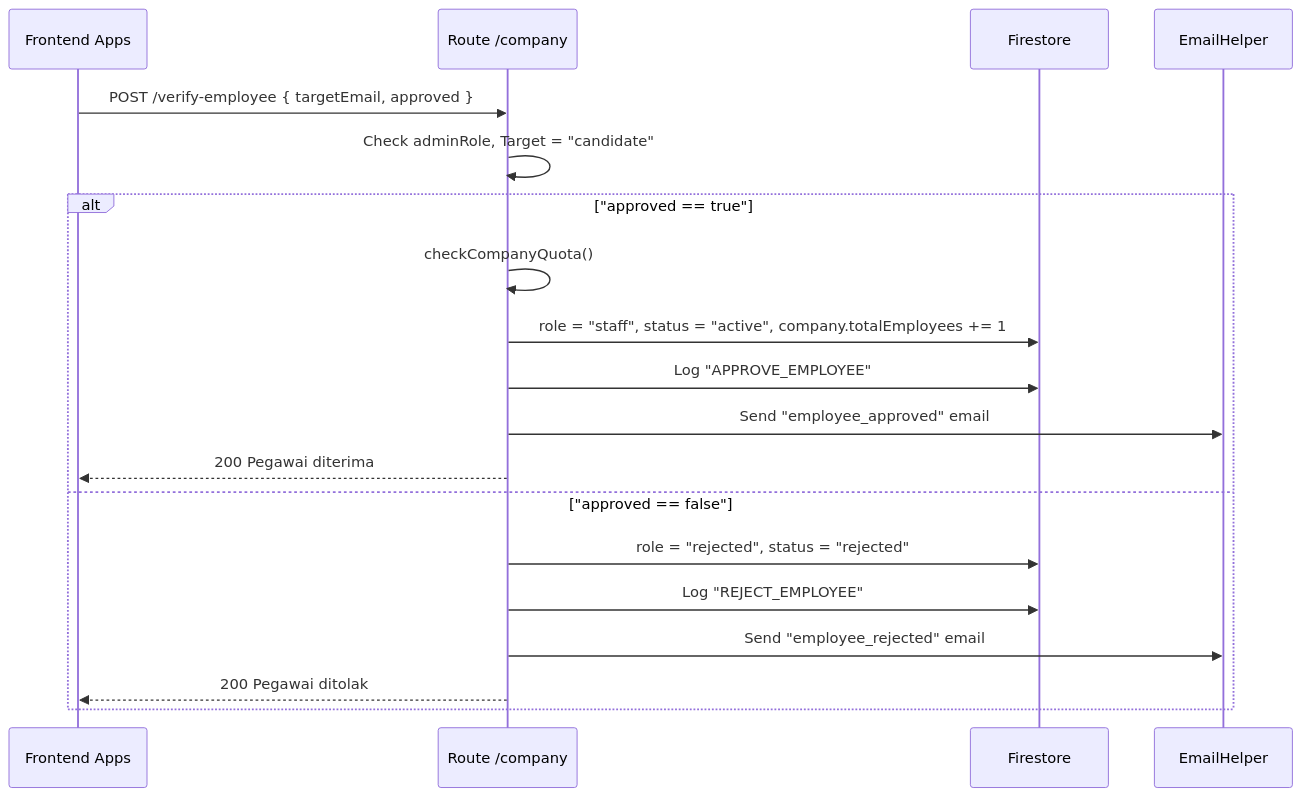
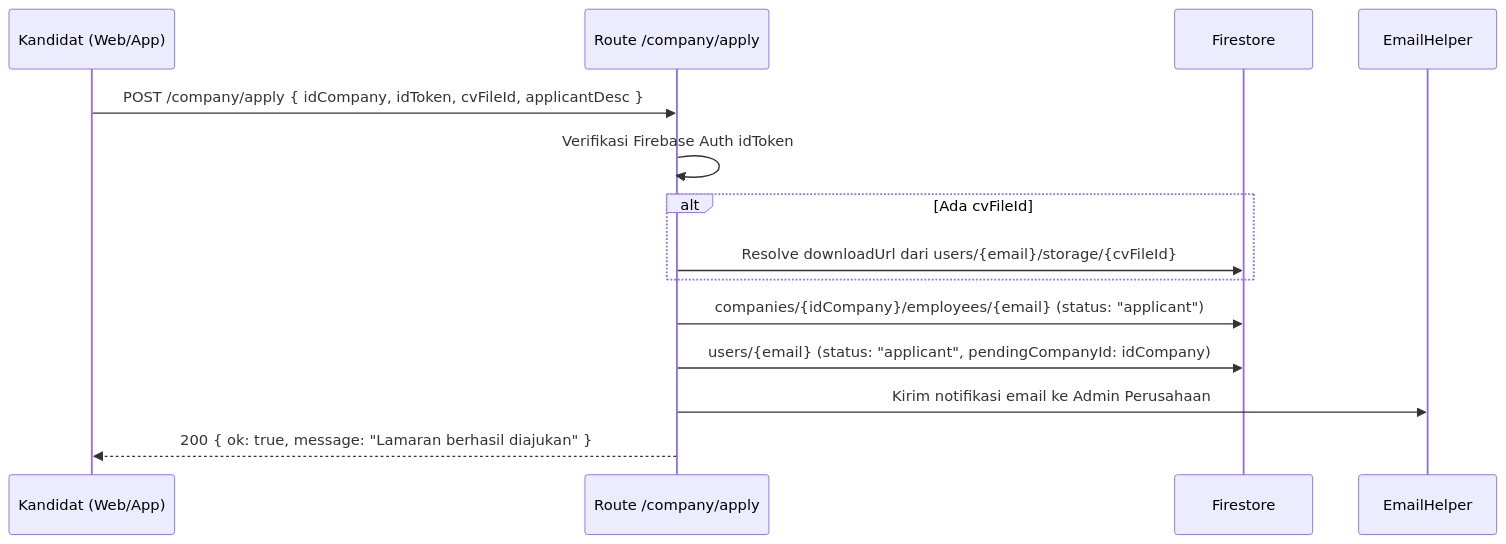
One commit to Doni354/HORA-APIs changed the first of 3 diagrams in docs-site/docs/routes/company.md. Above: the diagram before and after it, drawn with Mermaid. The commit also changed other lines of this file and 13 other files, not shown here.

`````diff
--- a/docs-site/docs/routes/company.md
+++ b/docs-site/docs/routes/company.md
@@ -57,23 +102,17 @@
-````mermaid
+```mermaid
 sequenceDiagram
-    participant FE as Frontend Apps
-    participant BE as Route /company
+    participant C as Kandidat (Web/App)
+    participant BE as Route /company/apply
     participant DB as Firestore
     participant M as EmailHelper
 
-    FE->>BE: POST /verify-employee { targetEmail, approved }
-    BE->>BE: Check adminRole, Target = "candidate"
-    
-    alt "approved == true"
-        BE->>BE: checkCompanyQuota()
-        BE->>DB: role = "staff", status = "active", company.totalEmployees += 1
-        BE->>DB: Log "APPROVE_EMPLOYEE"
-        BE->>M: Send "employee_approved" email
-        BE-->>FE: 200 Pegawai diterima
-    else "approved == false"
-        BE->>DB: role = "rejected", status = "rejected"
-        BE->>DB: Log "REJECT_EMPLOYEE"
-        BE->>M: Send "employee_rejected" email
-        BE-->>FE: 200 Pegawai ditolak
+    C->>BE: POST /company/apply { idCompany, idToken, cvFileId, applicantDesc }
+    BE->>BE: Verifikasi Firebase Auth idToken
+    alt Ada cvFileId
+        BE->>DB: Resolve downloadUrl dari users/{email}/storage/{cvFileId}
     end
-````
+    BE->>DB: companies/{idCompany}/employees/{email} (status: "applicant")
+    BE->>DB: users/{email} (status: "applicant", pendingCompanyId: idCompany)
+    BE->>M: Kirim notifikasi email ke Admin Perusahaan
+    BE-->>C: 200 { ok: true, message: "Lamaran berhasil diajukan" }
+```
`````
